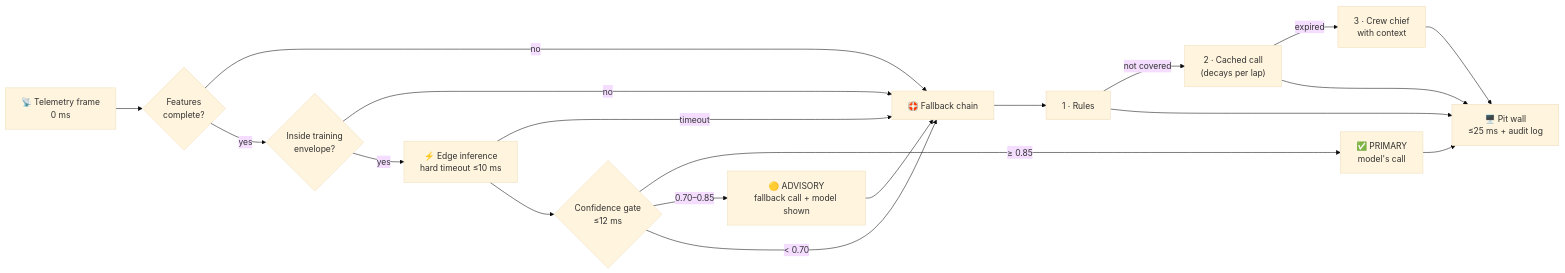
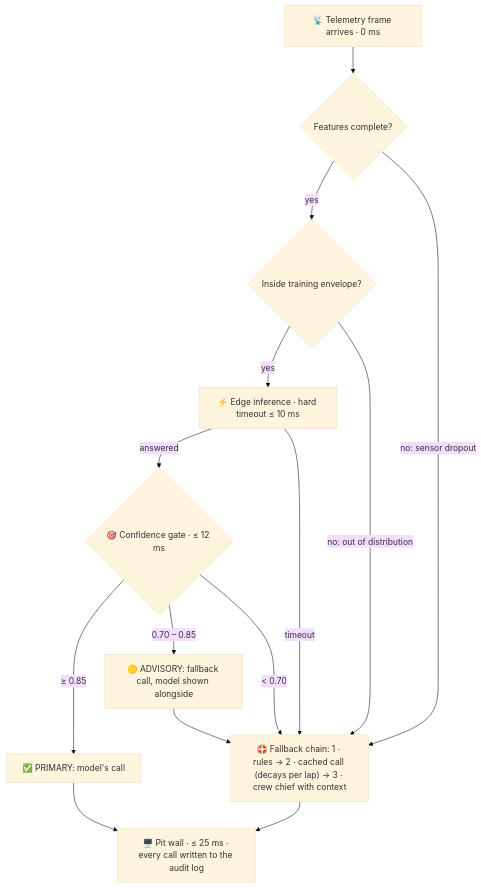
The diagram in README.md (atonyhonesto/race-speed-inference), drawn with Mermaid (base theme) before and after one commit.

Commit message:
README: vertical pipeline diagram for readability
Claude-Session: https://claude.ai/code/session_01MX1pgdBHpBUXQF8RAqhMVk

````diff
--- a/README.md
+++ b/README.md
@@ -25,21 +25,17 @@
 ```mermaid
-flowchart LR
-    A["📡 Telemetry frame<br/>0 ms"] --> B{"Features<br/>complete?"}
-    B -- no --> F
-    B -- yes --> C{"Inside training<br/>envelope?"}
-    C -- no --> F
-    C -- yes --> D["⚡ Edge inference<br/>hard timeout ≤10 ms"]
-    D -- timeout --> F
-    D --> E{"Confidence gate<br/>≤12 ms"}
-    E -- "≥ 0.85" --> P["✅ PRIMARY<br/>model's call"]
-    E -- "0.70–0.85" --> V["🟡 ADVISORY<br/>fallback call + model shown"]
+flowchart TB
+    A["📡 Telemetry frame arrives · 0 ms"] --> B{"Features complete?"}
+    B -- yes --> C{"Inside training envelope?"}
+    C -- yes --> D["⚡ Edge inference · hard timeout ≤ 10 ms"]
+    D -- answered --> E{"🎯 Confidence gate · ≤ 12 ms"}
+    E -- "≥ 0.85" --> P["✅ PRIMARY: model's call"]
+    E -- "0.70 – 0.85" --> V["🟡 ADVISORY: fallback call, model shown alongside"]
     E -- "< 0.70" --> F
+    B -- "no: sensor dropout" --> F
+    C -- "no: out of distribution" --> F
+    D -- "timeout" --> F
     V --> F
-    F["🛟 Fallback chain"] --> R["1 · Rules"]
-    R -- not covered --> K["2 · Cached call<br/>(decays per lap)"]
-    K -- expired --> H["3 · Crew chief<br/>with context"]
-    P --> W["🖥️ Pit wall<br/>≤25 ms + audit log"]
-    R --> W
-    K --> W
-    H --> W
+    F["🛟 Fallback chain: 1 · rules → 2 · cached call (decays per lap) → 3 · crew chief with context"]
+    P --> W["🖥️ Pit wall · ≤ 25 ms · every call written to the audit log"]
+    F --> W
 ```
````
